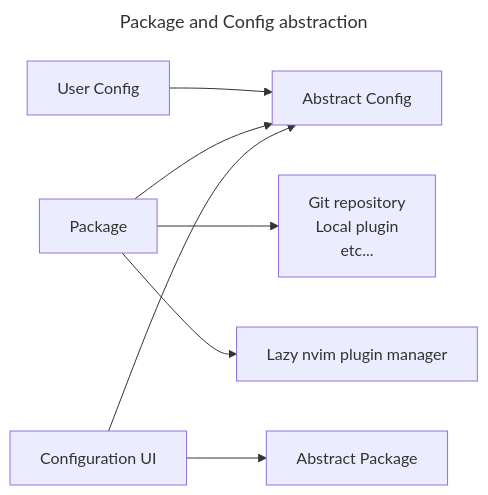
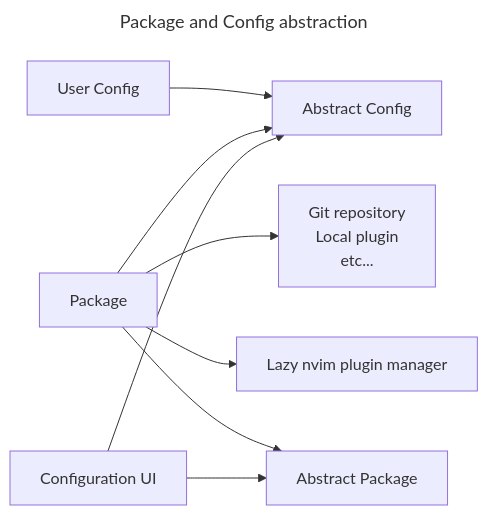
One commit to Todd-Fulton/nvim changed the diagram in README.md. Above: the diagram before and after it, drawn with Mermaid.

Commit message:
add package dep on abs_package to link it all together

````diff
--- a/README.md
+++ b/README.md
@@ -24,22 +24,23 @@
 ```mermaid
 ---
 title: Package and Config abstraction
 ---
 flowchart LR
     config["User Config"]
     abs_config["Abstract Config"]
     abs_package["Abstract Package"]
     package["Package"]
     config_ui["Configuration UI"]
     plugin["Git repository
     Local plugin
     etc...
     "]
     lazy["Lazy nvim plugin manager"]
     config --> abs_config 
     package --> plugin
     package --> lazy
     package --> abs_config
+    package --> abs_package
     config_ui --> abs_config
     config_ui --> abs_package
 ```
````
